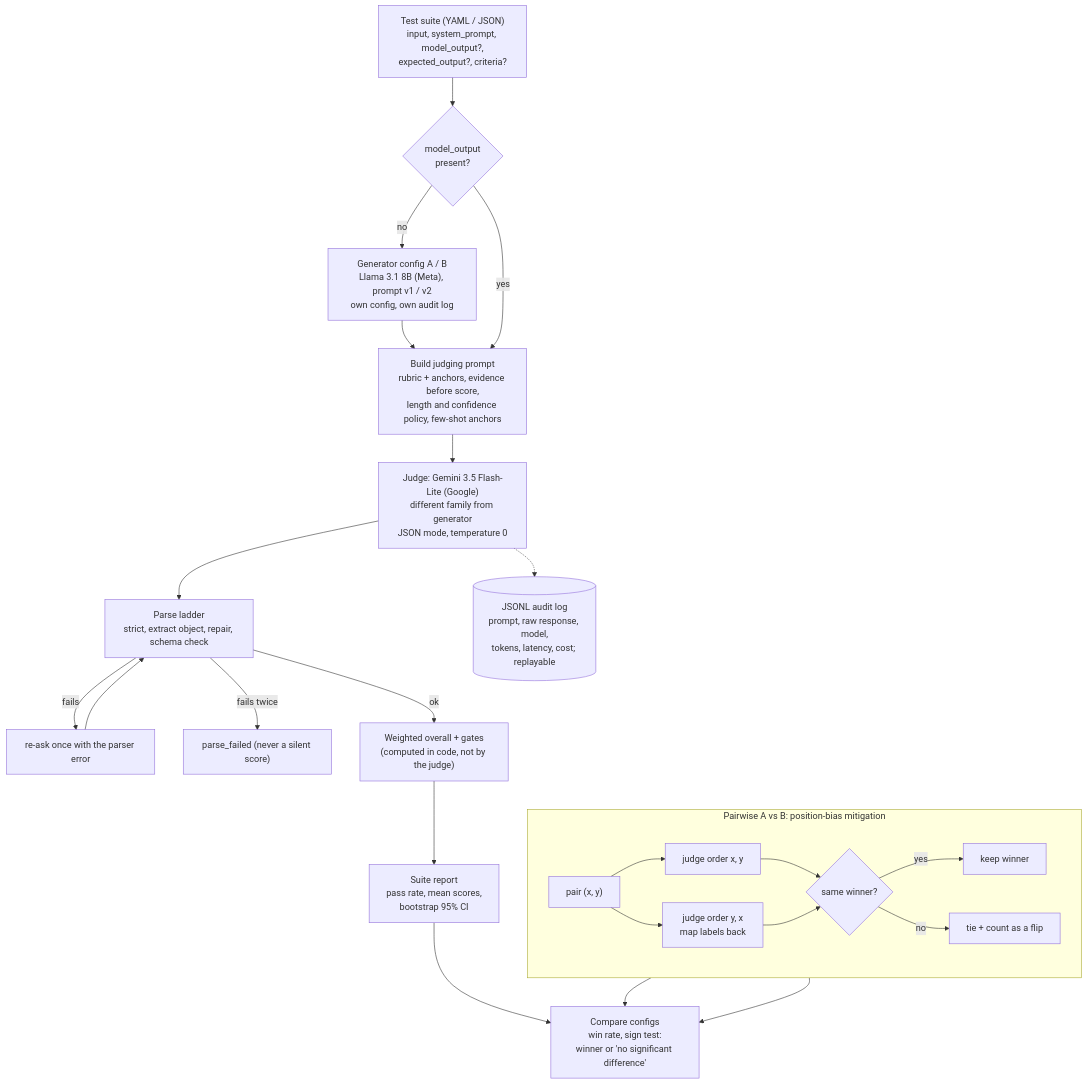
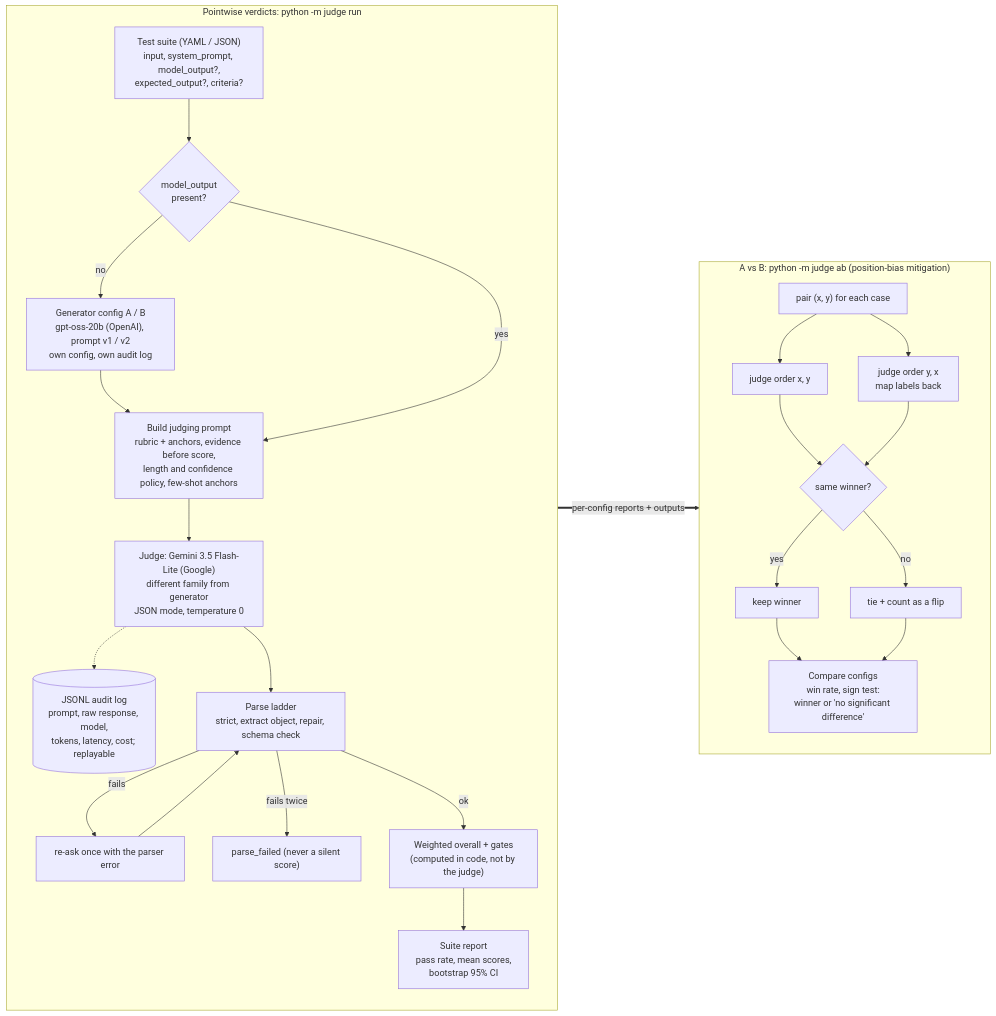
One commit to DevankS5/applied-ai-takehome changed the diagram in docs/diagrams/p2_pipeline.mmd. Above: the diagram before and after it, drawn with Mermaid. The commit also changed 6 other files, not shown here.

First line of the commit message:
Docs: diagrams name the gpt-oss models and fit a page

```diff
--- a/docs/diagrams/p2_pipeline.mmd
+++ b/docs/diagrams/p2_pipeline.mmd
@@ -1,25 +1,28 @@
-flowchart TB
-  A["Test suite (YAML / JSON)<br/>input, system_prompt, model_output?,<br/>expected_output?, criteria?"] --> B{"model_output<br/>present?"}
-  B -- no --> C["Generator config A / B<br/>Llama 3.1 8B (Meta), prompt v1 / v2<br/>own config, own audit log"]
-  C --> D
-  B -- yes --> D["Build judging prompt<br/>rubric + anchors, evidence before score,<br/>length and confidence policy, few-shot anchors"]
-  D --> E["Judge: Gemini 3.5 Flash-Lite (Google)<br/>different family from generator<br/>JSON mode, temperature 0"]
-  E --> F["Parse ladder<br/>strict, extract object, repair, schema check"]
-  F -- "fails" --> G["re-ask once with the parser error"]
-  G --> F
-  F -- "fails twice" --> H["parse_failed (never a silent score)"]
-  F -- ok --> I["Weighted overall + gates<br/>(computed in code, not by the judge)"]
-  E -.-> L[("JSONL audit log<br/>prompt, raw response, model,<br/>tokens, latency, cost; replayable")]
-  I --> J["Suite report<br/>pass rate, mean scores,<br/>bootstrap 95% CI"]
-  subgraph PW["Pairwise A vs B: position-bias mitigation"]
-    direction LR
-    P["pair (x, y)"] --> P1["judge order x, y"]
+flowchart LR
+  subgraph PT["Pointwise verdicts: python -m judge run"]
+    direction TB
+    A["Test suite (YAML / JSON)<br/>input, system_prompt, model_output?,<br/>expected_output?, criteria?"] --> B{"model_output<br/>present?"}
+    B -- no --> C["Generator config A / B<br/>gpt-oss-20b (OpenAI), prompt v1 / v2<br/>own config, own audit log"]
+    C --> D
+    B -- yes --> D["Build judging prompt<br/>rubric + anchors, evidence before score,<br/>length and confidence policy, few-shot anchors"]
+    D --> E["Judge: Gemini 3.5 Flash-Lite (Google)<br/>different family from generator<br/>JSON mode, temperature 0"]
+    E -.-> L[("JSONL audit log<br/>prompt, raw response, model,<br/>tokens, latency, cost; replayable")]
+    E --> F["Parse ladder<br/>strict, extract object, repair, schema check"]
+    F -- "fails" --> G["re-ask once with the parser error"]
+    G --> F
+    F -- "fails twice" --> H["parse_failed (never a silent score)"]
+    F -- ok --> I["Weighted overall + gates<br/>(computed in code, not by the judge)"]
+    I --> J["Suite report<br/>pass rate, mean scores,<br/>bootstrap 95% CI"]
+  end
+  subgraph PW["A vs B: python -m judge ab (position-bias mitigation)"]
+    direction TB
+    P["pair (x, y) for each case"] --> P1["judge order x, y"]
     P --> P2["judge order y, x<br/>map labels back"]
     P1 --> P3{"same winner?"}
     P2 --> P3
     P3 -- yes --> P4["keep winner"]
     P3 -- no --> P5["tie + count as a flip"]
+    P4 --> K["Compare configs<br/>win rate, sign test:<br/>winner or 'no significant difference'"]
+    P5 --> K
   end
-  J --> K["Compare configs<br/>win rate, sign test:<br/>winner or 'no significant difference'"]
-  P4 --> K
-  P5 --> K
+  PT == "per-config reports + outputs" ==> PW
```
